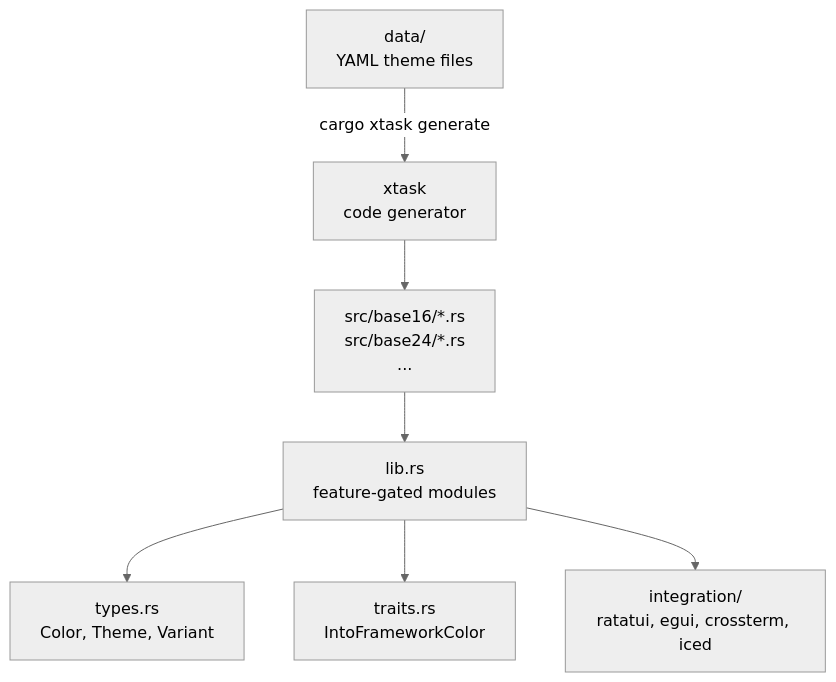
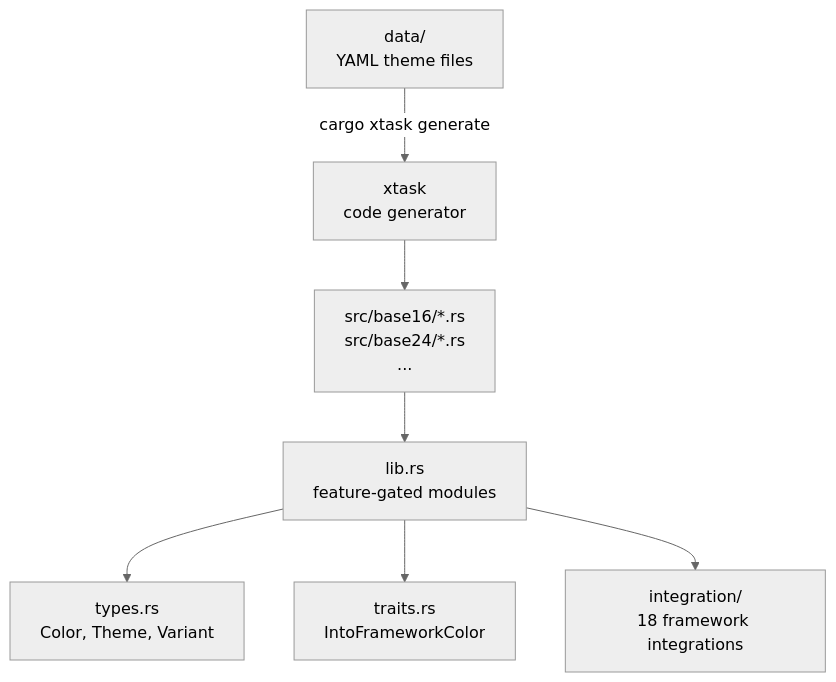
Before and after one commit to resonant-jovian/chromata: the diagram in README.md, drawn with Mermaid. The commit also changed other lines of this file and 22 other files, not shown here.

````diff
--- a/README.md
+++ b/README.md
@@ -118,10 +120,10 @@
 ```mermaid
 %%{init: {'theme': 'neutral'}}%%
 graph TD
     DATA["data/<br>YAML theme files"] -->|cargo xtask generate| GEN["xtask<br>code generator"]
     GEN --> SRC["src/base16/*.rs<br>src/base24/*.rs<br>..."]
     SRC --> LIB["lib.rs<br>feature-gated modules"]
     LIB --> TYPES["types.rs<br>Color, Theme, Variant"]
     LIB --> TRAITS["traits.rs<br>IntoFrameworkColor"]
-    LIB --> INT["integration/<br>ratatui, egui, crossterm, iced"]
+    LIB --> INT["integration/<br>18 framework integrations"]
 ```
````
